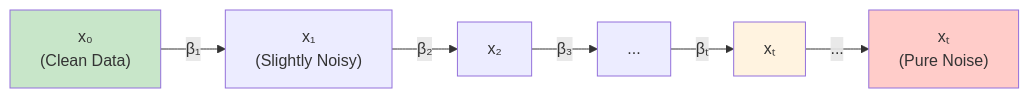
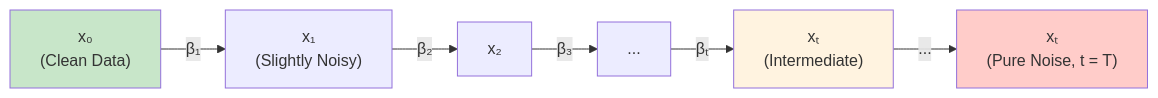
The first of 11 diagrams in docs/user-guide/concepts/diffusion-explained.md (avitai/artifex), drawn with Mermaid before and after one commit. The commit also changed other lines of this file and 16 other files, not shown here.

````diff
--- a/docs/user-guide/concepts/diffusion-explained.md
+++ b/docs/user-guide/concepts/diffusion-explained.md
@@ -81,12 +84,12 @@
 ```mermaid
 graph LR
     A["x₀<br/>(Clean Data)"] -->|"β₁"| B["x₁<br/>(Slightly Noisy)"]
     B -->|"β₂"| C["x₂"]
     C -->|"β₃"| D["..."]
-    D -->|"βₜ"| E["xₜ"]
-    E -->|"..."| F["xₜ<br/>(Pure Noise)"]
+    D -->|"βₜ"| E["xₜ<br/>(Intermediate)"]
+    E -->|"..."| F["xₜ<br/>(Pure Noise, t = T)"]
 
     style A fill:#c8e6c9
     style F fill:#ffccc9
     style E fill:#fff3e0
 ```
````
